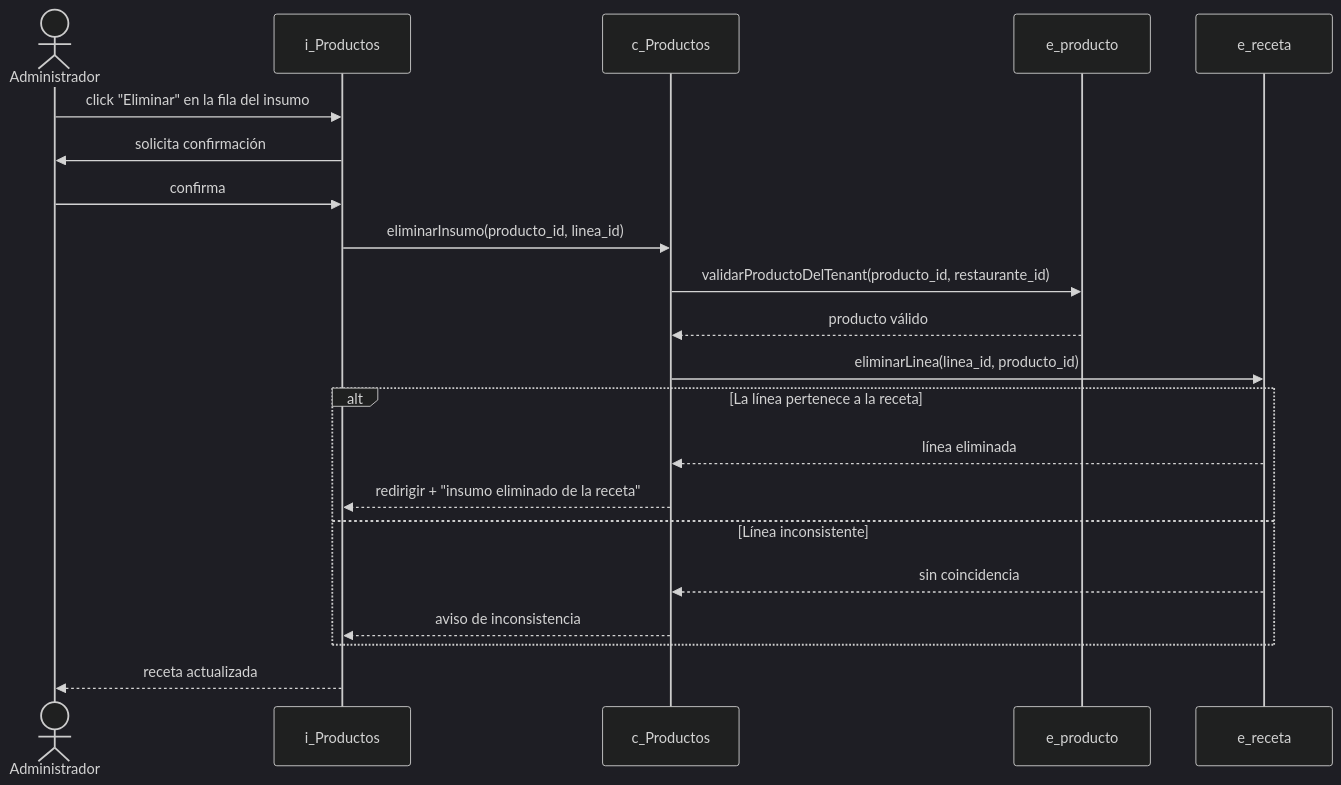
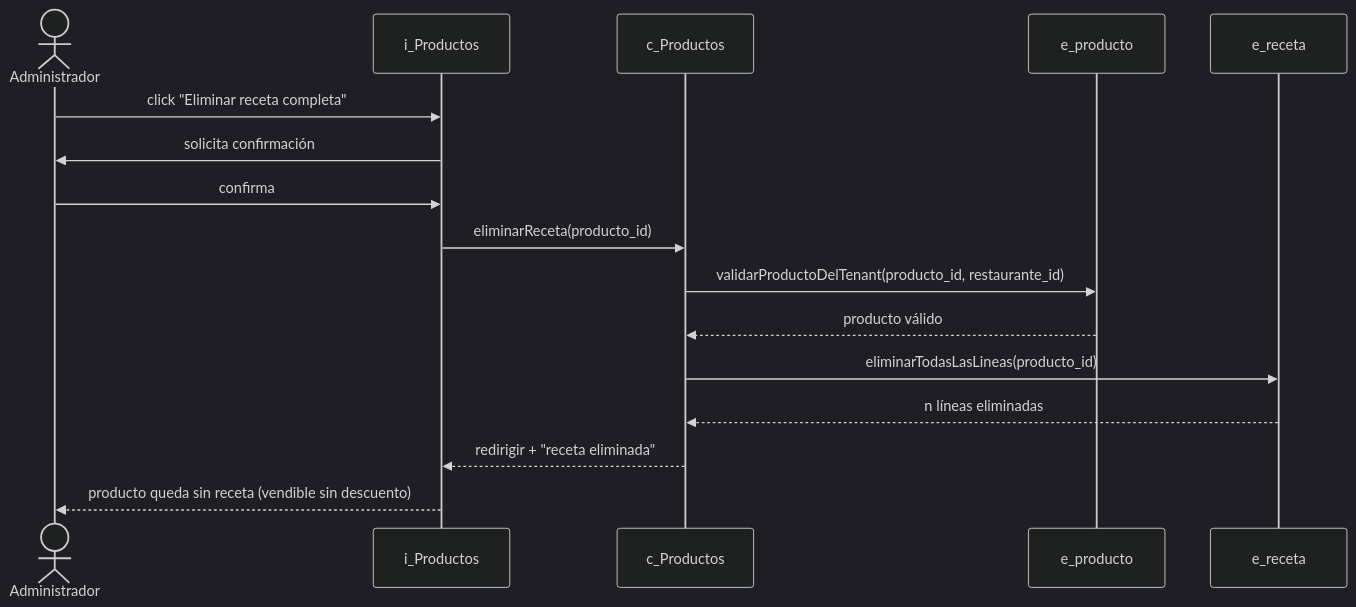
One commit to Zarcooh/big-royal-saas changed the fifth of 8 diagrams in docs/diagramas-secuencia-productos.md. Above: the diagram before and after it, drawn with Mermaid (dark theme). The commit also changed other lines of this file, not shown here.

First line of the commit message:
docs: agregar diagramas de secuencia CU-23/24/25 y limpiar el modulo

````diff
--- a/docs/diagramas-secuencia-productos.md
+++ b/docs/diagramas-secuencia-productos.md
@@ -115,24 +139,19 @@
 ```mermaid
 sequenceDiagram
     actor Admin as Administrador
     participant iR as i_Productos
     participant cR as c_Productos
     participant eProd as e_producto
     participant eRec as e_receta
 
-    Admin->>iR: click "Eliminar" en la fila del insumo
+    Admin->>iR: click "Eliminar receta completa"
     iR->>Admin: solicita confirmación
     Admin->>iR: confirma
-    iR->>cR: eliminarInsumo(producto_id, linea_id)
+    iR->>cR: eliminarReceta(producto_id)
     cR->>eProd: validarProductoDelTenant(producto_id, restaurante_id)
     eProd-->>cR: producto válido
-    cR->>eRec: eliminarLinea(linea_id, producto_id)
-    alt La línea pertenece a la receta
-        eRec-->>cR: línea eliminada
-        cR-->>iR: redirigir + "insumo eliminado de la receta"
-    else Línea inconsistente
-        eRec-->>cR: sin coincidencia
-        cR-->>iR: aviso de inconsistencia
-    end
-    iR-->>Admin: receta actualizada
+    cR->>eRec: eliminarTodasLasLineas(producto_id)
+    eRec-->>cR: n líneas eliminadas
+    cR-->>iR: redirigir + "receta eliminada"
+    iR-->>Admin: producto queda sin receta (vendible sin descuento)
 ```
````
